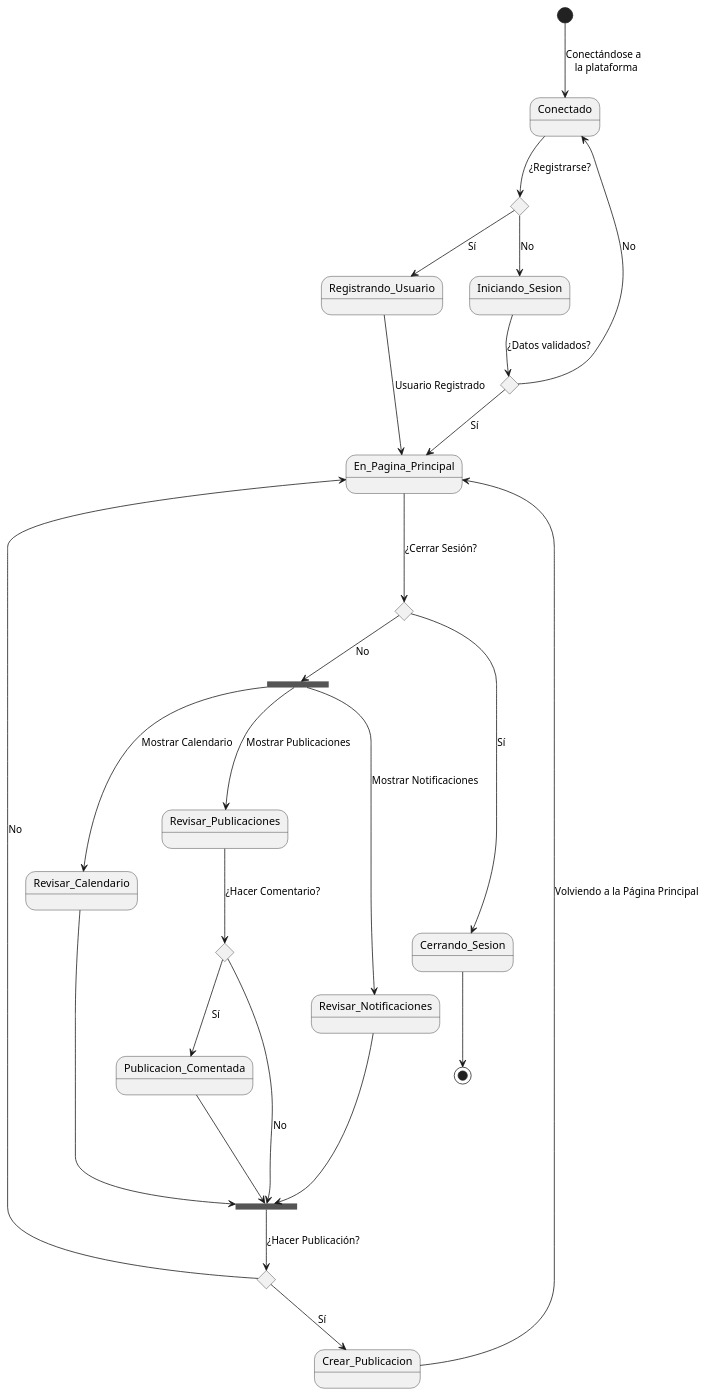
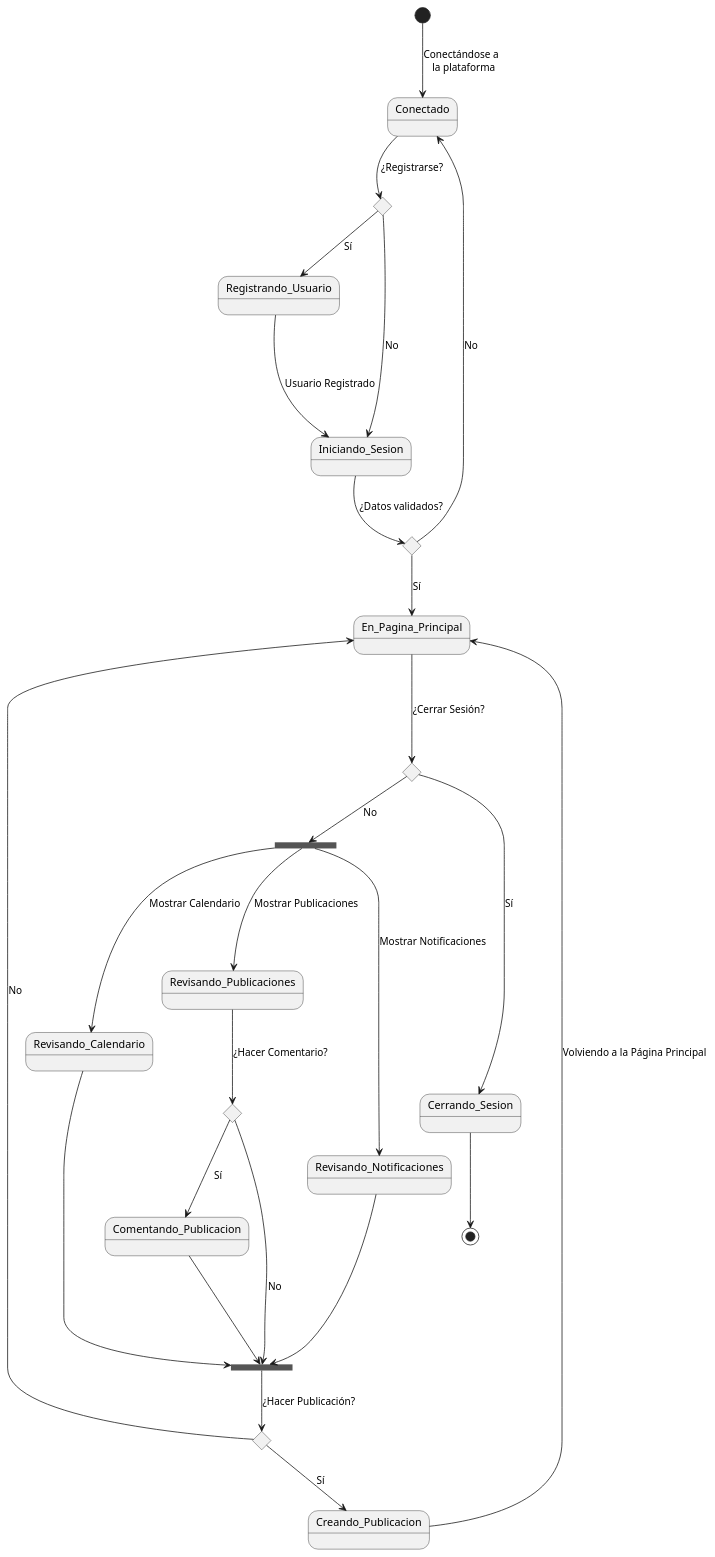
One commit to MarcosDiaz-10/proyecto-ing changed the diagram in docs/scenariosView/reto8.plantuml. Above: the diagram before and after it, drawn with PlantUML. The commit also changed 2 other files, not shown here.

```diff
--- a/docs/scenariosView/reto8.plantuml
+++ b/docs/scenariosView/reto8.plantuml
@@ -1,63 +1,63 @@
 @startuml
 
 state Conectado
 state c1 <<choice>>
 state Registrando_Usuario
 state Iniciando_Sesion
 state c2 <<choice>>
 state fork1 <<fork>>
-state Revisar_Publicaciones
+state Revisando_Publicaciones
 state c3  <<choice>>
-state Publicacion_Comentada
-state Revisar_Calendario
-state Revisar_Notificaciones
+state Comentando_Publicacion
+state Revisando_Calendario
+state Revisando_Notificaciones
 state fork2 <<fork>>
 state c4 <<choice>>
-state Crear_Publicacion
+state Creando_Publicacion
 state c5 <<choice>>
 state Cerrando_Sesion
 
 [*] --> Conectado : Conectándose a \n la plataforma
 
 Conectado --> c1 : ¿Registrarse?
 
 c1 --> Registrando_Usuario : Sí
-Registrando_Usuario ---> En_Pagina_Principal : Usuario Registrado
+Registrando_Usuario ---> Iniciando_Sesion : Usuario Registrado
 c1 --> Iniciando_Sesion : No
 Iniciando_Sesion --> c2 : ¿Datos validados?
 
 c2 --> Conectado : No
 c2 --> En_Pagina_Principal : Sí
 
 En_Pagina_Principal ---> c5 : ¿Cerrar Sesión?
 c5 -----> Cerrando_Sesion : Sí
 c5 --> fork1 : No
-fork1 ---> Revisar_Notificaciones : Mostrar Notificaciones
-fork1 ---> Revisar_Publicaciones : Mostrar Publicaciones
-fork1 ---> Revisar_Calendario : Mostrar Calendario
+fork1 ---> Revisando_Notificaciones : Mostrar Notificaciones
+fork1 ---> Revisando_Publicaciones : Mostrar Publicaciones
+fork1 ---> Revisando_Calendario : Mostrar Calendario
 
-Revisar_Publicaciones --> c3 : ¿Hacer Comentario?
-c3 --> Publicacion_Comentada : Sí
+Revisando_Publicaciones --> c3 : ¿Hacer Comentario?
+c3 --> Comentando_Publicacion : Sí
 c3 --> fork2 : No
-Publicacion_Comentada ---> fork2
-Revisar_Notificaciones --> fork2
-Revisar_Calendario --> fork2
+Comentando_Publicacion ---> fork2
+Revisando_Notificaciones --> fork2
+Revisando_Calendario --> fork2
 
 
 fork2 --> c4 : ¿Hacer Publicación?
 
-c4 --> Crear_Publicacion: Sí
+c4 --> Creando_Publicacion: Sí
 c4 --> En_Pagina_Principal : No
-Crear_Publicacion --> En_Pagina_Principal : Volviendo a la Página Principal
+Creando_Publicacion --> En_Pagina_Principal : Volviendo a la Página Principal
 
 Cerrando_Sesion --> [*]
 
 
 
 
 
 
 
 
 
 @enduml
```
